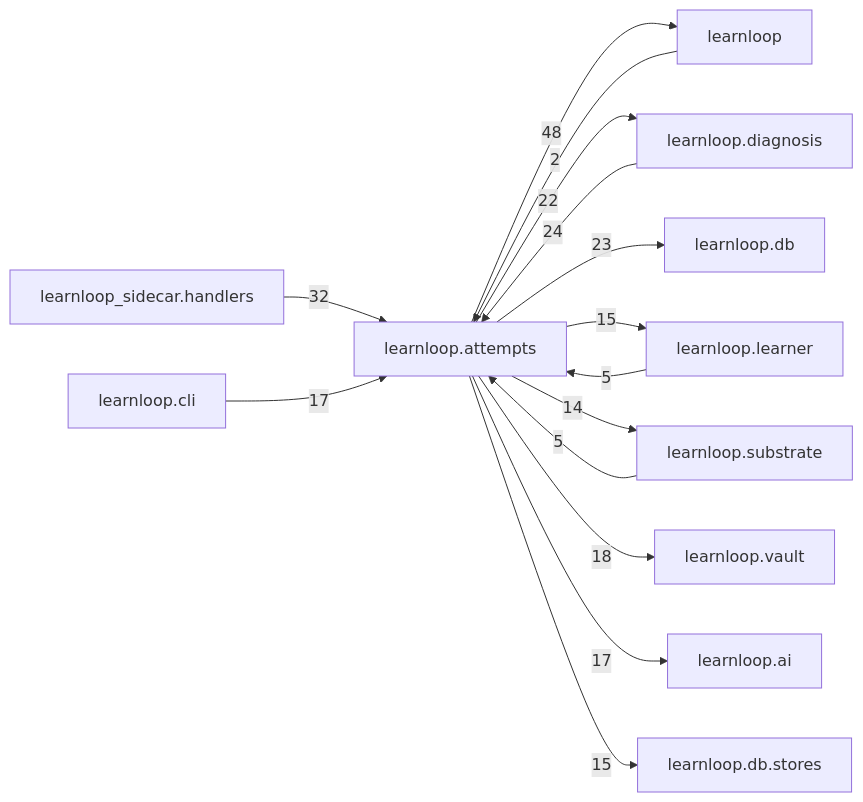
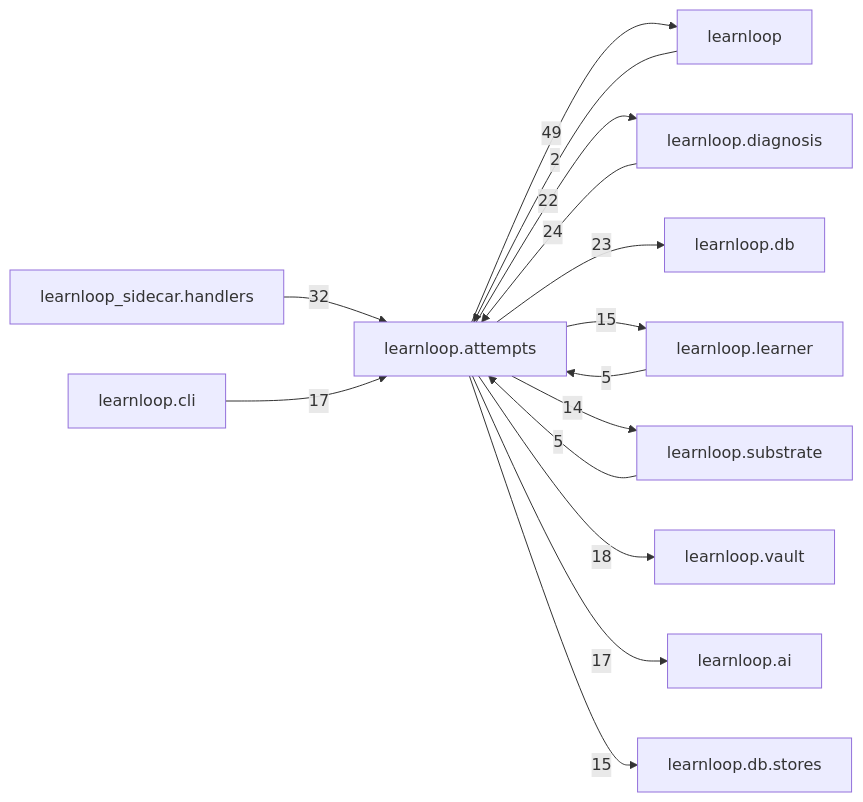
One commit to 6up-b/learnanything changed the diagram in docs/learnloop-architecture-vault/Reference/Modules/learnloop/attempts/_package.md. Above: the diagram before and after it, drawn with Mermaid. The commit also changed other lines of this file and 30 other files, not shown here.

````diff
--- a/docs/learnloop-architecture-vault/Reference/Modules/learnloop/attempts/_package.md
+++ b/docs/learnloop-architecture-vault/Reference/Modules/learnloop/attempts/_package.md
@@ -179,28 +181,28 @@
 ```mermaid
 flowchart LR
     center["learnloop.attempts"]
     n_learnloop["learnloop"]
     n_learnloop_diagnosis["learnloop.diagnosis"]
     n_learnloop_sidecar_handlers["learnloop_sidecar.handlers"]
     n_learnloop_db["learnloop.db"]
     n_learnloop_learner["learnloop.learner"]
     n_learnloop_substrate["learnloop.substrate"]
     n_learnloop_vault["learnloop.vault"]
     n_learnloop_ai["learnloop.ai"]
     n_learnloop_cli["learnloop.cli"]
     n_learnloop_db_stores["learnloop.db.stores"]
     n_learnloop -->|2| center
-    center -->|48| n_learnloop
+    center -->|49| n_learnloop
     n_learnloop_diagnosis -->|24| center
     center -->|22| n_learnloop_diagnosis
     n_learnloop_sidecar_handlers -->|32| center
     center -->|23| n_learnloop_db
     n_learnloop_learner -->|5| center
     center -->|15| n_learnloop_learner
     n_learnloop_substrate -->|5| center
     center -->|14| n_learnloop_substrate
     center -->|18| n_learnloop_vault
     center -->|17| n_learnloop_ai
     n_learnloop_cli -->|17| center
     center -->|15| n_learnloop_db_stores
 ```
````
